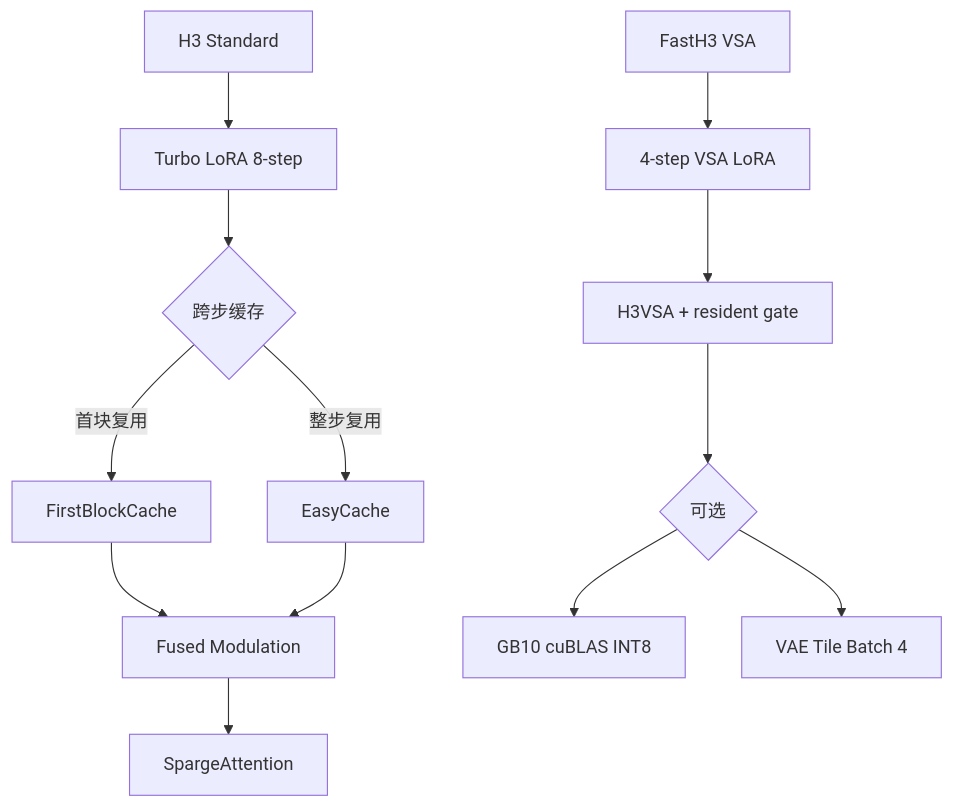
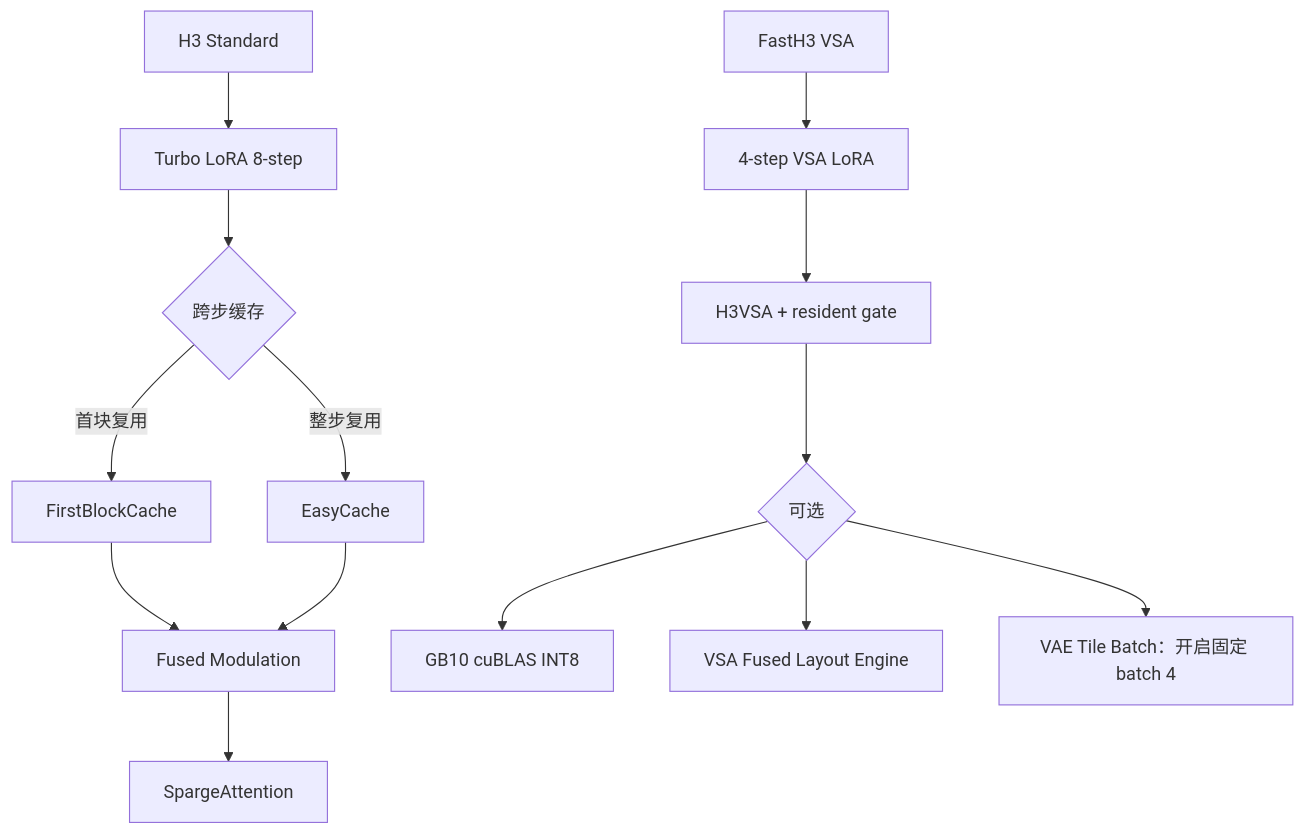
Before and after one commit to Xiaofei-fei/h3-studio-gb10: the second of 2 diagrams in docs/h3-inference-optimization-guide.md, drawn with Mermaid. The commit also changed other lines of this file and 23 other files, not shown here.

Commit message:
feat: add FastH3 VSA fused layout engine

```diff
--- a/docs/h3-inference-optimization-guide.md
+++ b/docs/h3-inference-optimization-guide.md
@@ -353,16 +354,17 @@
 ~~~mermaid
 flowchart TD
     A[H3 Standard] --> B[Turbo LoRA 8-step]
     B --> C{跨步缓存}
     C -->|首块复用| D[FirstBlockCache]
     C -->|整步复用| E[EasyCache]
     D --> F[Fused Modulation]
     E --> F
     F --> G[SpargeAttention]
 
     H[FastH3 VSA] --> I[4-step VSA LoRA]
     I --> J[H3VSA + resident gate]
     J --> K{可选}
     K --> L[GB10 cuBLAS INT8]
-    K --> M[VAE Tile Batch 4]
+    K --> M[VSA Fused Layout Engine]
+    K --> N[VAE Tile Batch：开启固定 batch 4]
 ~~~
```
